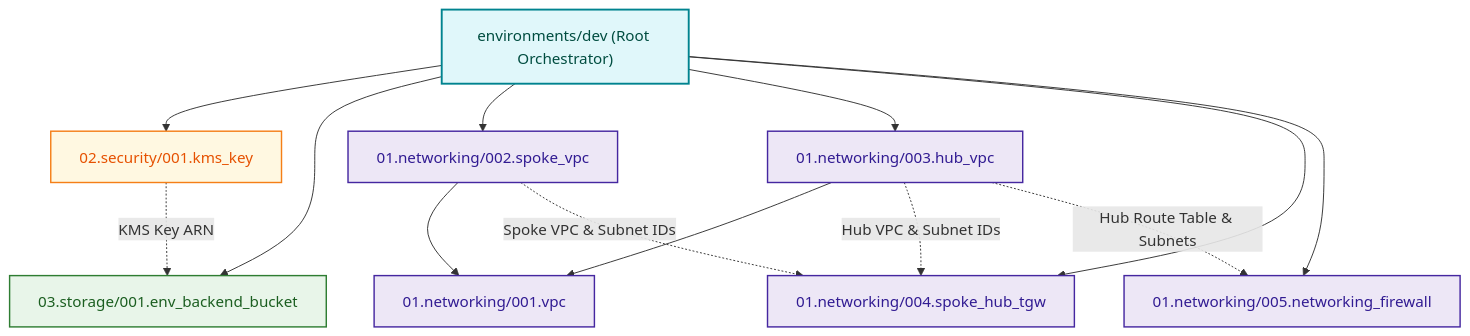
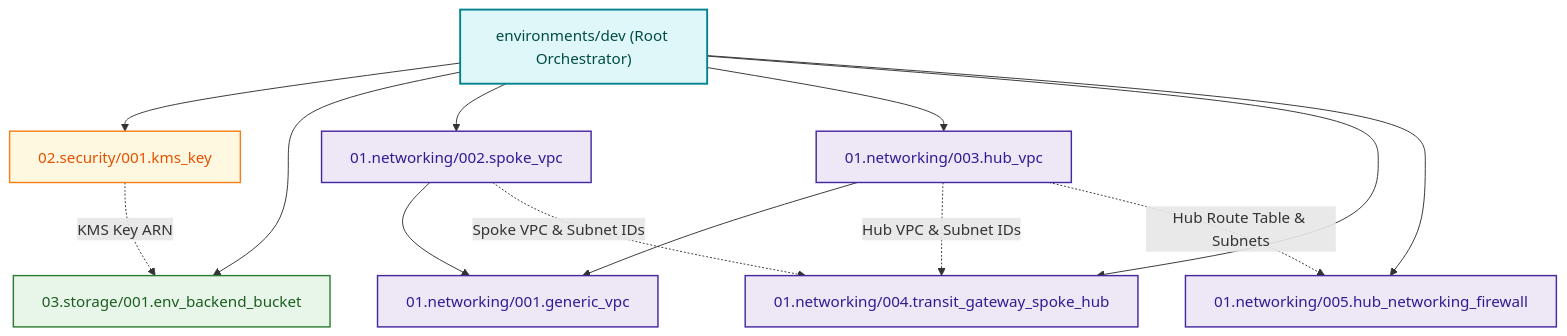
One commit to MikolajSedek/databricks_aws_deployment_01_vpc_networking changed the third of 3 diagrams in README.md. Above: the diagram before and after it, drawn with Mermaid. The commit also changed other lines of this file and 53 other files, not shown here.

````diff
--- a/README.md
+++ b/README.md
@@ -138,32 +148,32 @@
 ```mermaid
 graph TD
     classDef env fill:#E0F7FA,stroke:#00838F,stroke-width:2px,color:#004D40;
     classDef modNet fill:#EDE7F6,stroke:#4527A0,stroke-width:1.5px,color:#311B92;
     classDef modSec fill:#FFF8E1,stroke:#F57F17,stroke-width:1.5px,color:#E65100;
     classDef modStor fill:#E8F5E9,stroke:#2E7D32,stroke-width:1.5px,color:#1B5E20;
 
     DevEnv["environments/dev (Root Orchestrator)"]:::env
 
     ModKMS["02.security/001.kms_key"]:::modSec
     ModBackend["03.storage/001.env_backend_bucket"]:::modStor
-    ModBaseVPC["01.networking/001.vpc"]:::modNet
+    ModBaseVPC["01.networking/001.generic_vpc"]:::modNet
     ModSpokeVPC["01.networking/002.spoke_vpc"]:::modNet
     ModHubVPC["01.networking/003.hub_vpc"]:::modNet
-    ModTGW["01.networking/004.spoke_hub_tgw"]:::modNet
-    ModNFW["01.networking/005.networking_firewall"]:::modNet
+    ModTGW["01.networking/004.transit_gateway_spoke_hub"]:::modNet
+    ModNFW["01.networking/005.hub_networking_firewall"]:::modNet
 
     DevEnv --> ModKMS
     DevEnv --> ModBackend
     DevEnv --> ModSpokeVPC
     DevEnv --> ModHubVPC
     DevEnv --> ModTGW
     DevEnv --> ModNFW
 
     ModSpokeVPC --> ModBaseVPC
     ModHubVPC --> ModBaseVPC
 
     ModKMS -.->|"KMS Key ARN"| ModBackend
     ModHubVPC -.->|"Hub VPC & Subnet IDs"| ModTGW
     ModSpokeVPC -.->|"Spoke VPC & Subnet IDs"| ModTGW
     ModHubVPC -.->|"Hub Route Table & Subnets"| ModNFW
 ```
````
